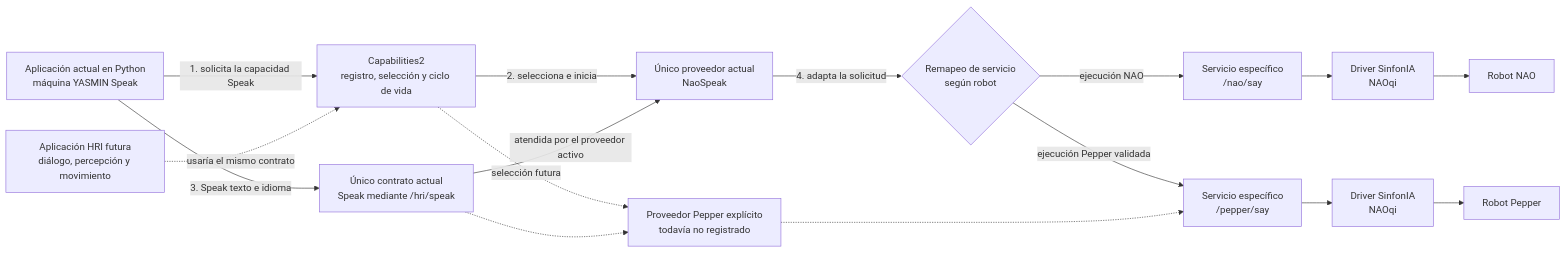
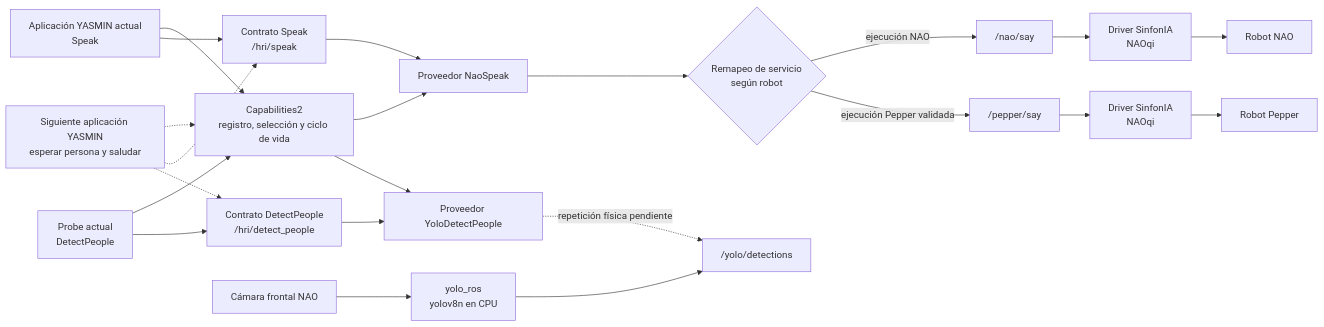
The diagram in tesis/03 Pruebas/Semana 7 - Verificación NAO.md (jumafe1/portable-hri-docs), drawn with Mermaid before and after one commit. The commit also changed other lines of this file, not shown here.

````diff
--- a/tesis/03 Pruebas/Semana 7 - Verificación NAO.md
+++ b/tesis/03 Pruebas/Semana 7 - Verificación NAO.md
@@ -34,33 +34,40 @@
 ```mermaid
 flowchart LR
-    APP["Aplicación actual en Python<br/>máquina YASMIN Speak"]
+    SPEAKAPP["Aplicación YASMIN actual<br/>Speak"]
+    DETECTPROBE["Probe actual<br/>DetectPeople"]
     C2["Capabilities2<br/>registro, selección y ciclo de vida"]
-    API["Único contrato actual<br/>Speak mediante /hri/speak"]
-
-    NAOP["Único proveedor actual<br/>NaoSpeak"]
+    SPEAKAPI["Contrato Speak<br/>/hri/speak"]
+    DETECTAPI["Contrato DetectPeople<br/>/hri/detect_people"]
+    NAOP["Proveedor NaoSpeak"]
+    YOLOP["Proveedor YoloDetectPeople"]
     TARGET{"Remapeo de servicio<br/>según robot"}
-    NAOS["Servicio específico<br/>/nao/say"]
-    PEPPERS["Servicio específico<br/>/pepper/say"]
+    NAOS["/nao/say"]
+    PEPPERS["/pepper/say"]
+    YOLOSTREAM["/yolo/detections"]
+    YOLOROS["yolo_ros<br/>yolov8n en CPU"]
+    CAMERA["Cámara frontal NAO"]
     NAODRIVER["Driver SinfonIA<br/>NAOqi"]
     PEPPERDRIVER["Driver SinfonIA<br/>NAOqi"]
     NAO["Robot NAO"]
     PEPPER["Robot Pepper"]
+    FUTAPP["Siguiente aplicación YASMIN<br/>esperar persona y saludar"]
 
-    FUTAPP["Aplicación HRI futura<br/>diálogo, percepción y movimiento"]
-    FUTPROV["Proveedor Pepper explícito<br/>todavía no registrado"]
-
-    APP -->|"1. solicita la capacidad Speak"| C2
-    C2 -->|"2. selecciona e inicia"| NAOP
-    APP -->|"3. Speak texto e idioma"| API
-    API -->|"atendida por el proveedor activo"| NAOP
-    NAOP -->|"4. adapta la solicitud"| TARGET
+    SPEAKAPP --> C2
+    SPEAKAPP --> SPEAKAPI --> NAOP
+    C2 --> NAOP
+    NAOP --> TARGET
     TARGET -->|"ejecución NAO"| NAOS
     TARGET -->|"ejecución Pepper validada"| PEPPERS
     NAOS --> NAODRIVER --> NAO
     PEPPERS --> PEPPERDRIVER --> PEPPER
 
-    FUTAPP -.->|"usaría el mismo contrato"| C2
-    C2 -.->|"selección futura"| FUTPROV
-    API -.-> FUTPROV
-    FUTPROV -.-> PEPPERS
+    DETECTPROBE --> C2
+    DETECTPROBE --> DETECTAPI --> YOLOP
+    C2 --> YOLOP
+    CAMERA --> YOLOROS --> YOLOSTREAM
+    YOLOP -.->|"repetición física pendiente"| YOLOSTREAM
+
+    FUTAPP -.-> C2
+    FUTAPP -.-> SPEAKAPI
+    FUTAPP -.-> DETECTAPI
 ```
````
